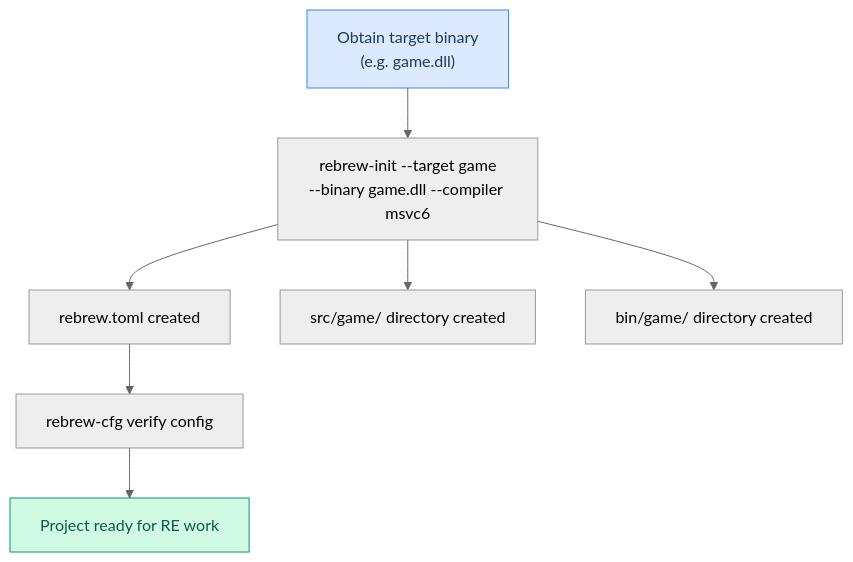
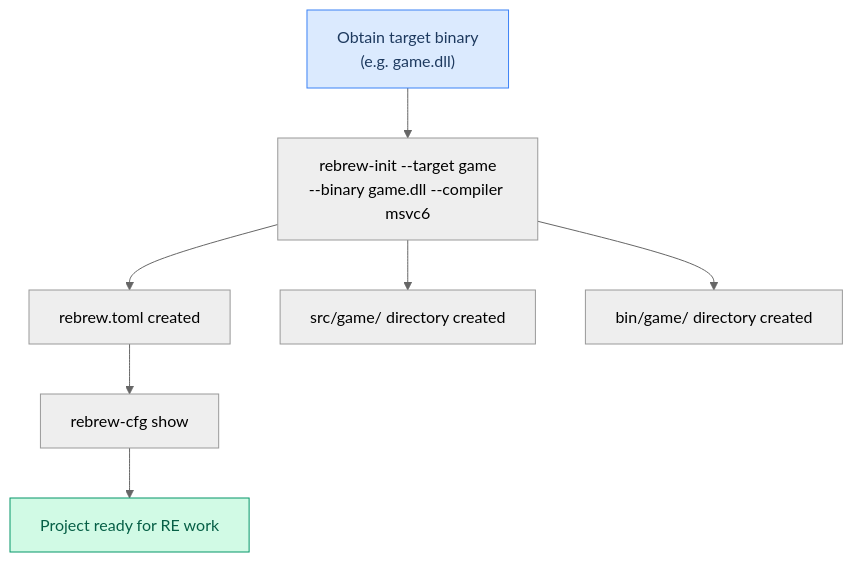
One commit to maci0/rebrew changed the first of 16 diagrams in docs/USER_STORIES.md. Above: the diagram before and after it, drawn with Mermaid (neutral theme). The commit also changed other lines of this file and 10 other files, not shown here.

````diff
--- a/docs/USER_STORIES.md
+++ b/docs/USER_STORIES.md
@@ -28,12 +33,12 @@
 ```mermaid
 graph TD
     A["Obtain target binary<br/>(e.g. game.dll)"] --> B["rebrew-init --target game<br/>--binary game.dll --compiler msvc6"]
     B --> C["rebrew.toml created"]
     B --> D["src/game/ directory created"]
     B --> E["bin/game/ directory created"]
-    C --> F["rebrew-cfg verify config"]
+    C --> F["rebrew-cfg show"]
     F --> G["Project ready for RE work"]
 
     style A fill:#dbeafe,stroke:#3b82f6,color:#1e3a5f
     style G fill:#d1fae5,stroke:#059669,color:#065f46
 ```
````
